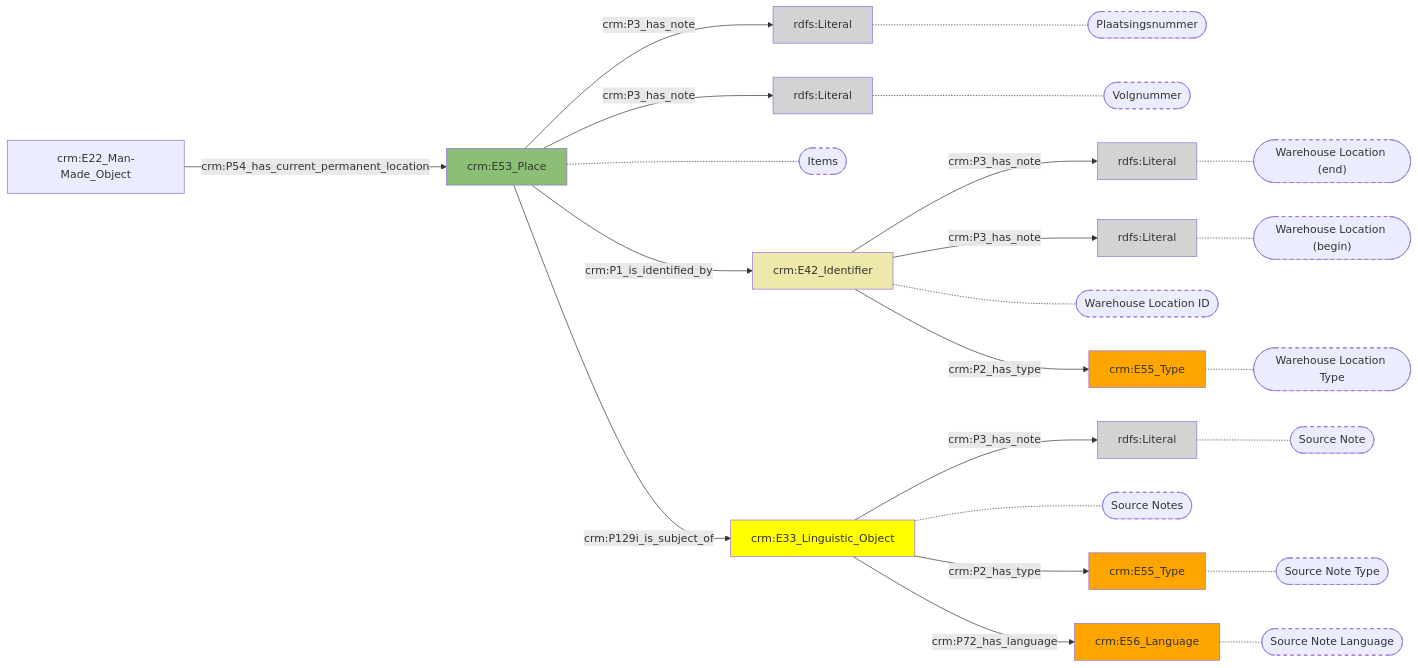
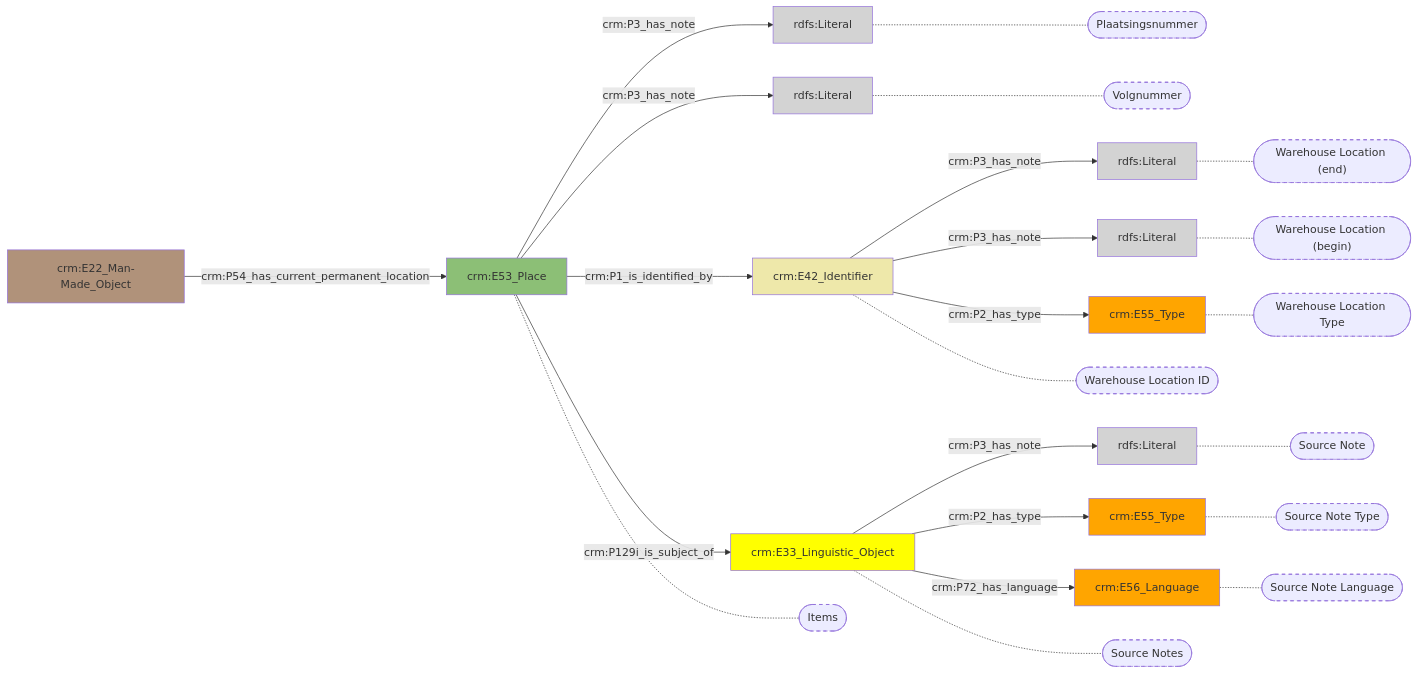
One commit to digipolisantwerpdocumentation/antwerp-cultureel-erfgoed changed the diagram in docs/content/modellen/ArchiefItemMaterieel/Bewaargegevens.md. Above: the diagram before and after it, drawn with Mermaid. The commit also changed 32 other files, not shown here.

````diff
--- a/docs/content/modellen/ArchiefItemMaterieel/Bewaargegevens.md
+++ b/docs/content/modellen/ArchiefItemMaterieel/Bewaargegevens.md
@@ -1,47 +1,48 @@
 ```mermaid
 graph LR
 f166cdf6-b053-11ec-b19f-9cf387da2c40["crm:E53_Place"]-->|"crm:P3_has_note"|f166d3aa-b053-11ec-b19f-9cf387da2c40(rdfs:Literal)
 f166cdf6-b053-11ec-b19f-9cf387da2c40["crm:E53_Place"]-->|"crm:P3_has_note"|f166d6ac-b053-11ec-b19f-9cf387da2c40(rdfs:Literal)
 f166d4e0-b053-11ec-b19f-9cf387da2c40["crm:E42_Identifier"]-->|"crm:P3_has_note"|f166d5d0-b053-11ec-b19f-9cf387da2c40(rdfs:Literal)
 f166d4e0-b053-11ec-b19f-9cf387da2c40["crm:E42_Identifier"]-->|"crm:P3_has_note"|f166d77e-b053-11ec-b19f-9cf387da2c40(rdfs:Literal)
 f166d92c-b053-11ec-b19f-9cf387da2c40["crm:E33_Linguistic_Object"]-->|"crm:P3_has_note"|f166db7a-b053-11ec-b19f-9cf387da2c40(rdfs:Literal)
+d1dd96e0-a5fe-11ec-b19f-9cf387da2c40["crm:E22_Man-Made_Object"]-->|"crm:P54_has_current_permanent_location"|f166cdf6-b053-11ec-b19f-9cf387da2c40["crm:E53_Place"]
+f166cdf6-b053-11ec-b19f-9cf387da2c40["crm:E53_Place"]-->|"crm:P1_is_identified_by"|f166d4e0-b053-11ec-b19f-9cf387da2c40["crm:E42_Identifier"]
+f166cdf6-b053-11ec-b19f-9cf387da2c40["crm:E53_Place"]-->|"crm:P129i_is_subject_of"|f166d92c-b053-11ec-b19f-9cf387da2c40["crm:E33_Linguistic_Object"]
+f166d4e0-b053-11ec-b19f-9cf387da2c40["crm:E42_Identifier"]-->|"crm:P2_has_type"|f166d9f4-b053-11ec-b19f-9cf387da2c40["crm:E55_Type"]
+f166d92c-b053-11ec-b19f-9cf387da2c40["crm:E33_Linguistic_Object"]-->|"crm:P2_has_type"|f166dabc-b053-11ec-b19f-9cf387da2c40["crm:E55_Type"]
+f166d92c-b053-11ec-b19f-9cf387da2c40["crm:E33_Linguistic_Object"]-->|"crm:P72_has_language"|f166d85a-b053-11ec-b19f-9cf387da2c40["crm:E56_Language"]
 f166cdf6-b053-11ec-b19f-9cf387da2c40["crm:E53_Place"]-.-f166cdf6-b053-11ec-b19f-9cf387da2c40_s(["Items"])
 f166d4e0-b053-11ec-b19f-9cf387da2c40["crm:E42_Identifier"]-.-f166d4e0-b053-11ec-b19f-9cf387da2c40_s(["Warehouse Location ID"])
 f166d92c-b053-11ec-b19f-9cf387da2c40["crm:E33_Linguistic_Object"]-.-f166d92c-b053-11ec-b19f-9cf387da2c40_s(["Source Notes"])
 f166d3aa-b053-11ec-b19f-9cf387da2c40["rdfs:Literal"]-.-f166d3aa-b053-11ec-b19f-9cf387da2c40_s(["Plaatsingsnummer"])
 f166d6ac-b053-11ec-b19f-9cf387da2c40["rdfs:Literal"]-.-f166d6ac-b053-11ec-b19f-9cf387da2c40_s(["Volgnummer"])
 f166d9f4-b053-11ec-b19f-9cf387da2c40["crm:E55_Type"]-.-f166d9f4-b053-11ec-b19f-9cf387da2c40_s(["Warehouse Location Type"])
 f166d5d0-b053-11ec-b19f-9cf387da2c40["rdfs:Literal"]-.-f166d5d0-b053-11ec-b19f-9cf387da2c40_s(["Warehouse Location (end)"])
 f166d77e-b053-11ec-b19f-9cf387da2c40["rdfs:Literal"]-.-f166d77e-b053-11ec-b19f-9cf387da2c40_s(["Warehouse Location (begin)"])
 f166dabc-b053-11ec-b19f-9cf387da2c40["crm:E55_Type"]-.-f166dabc-b053-11ec-b19f-9cf387da2c40_s(["Source Note Type"])
 f166db7a-b053-11ec-b19f-9cf387da2c40["rdfs:Literal"]-.-f166db7a-b053-11ec-b19f-9cf387da2c40_s(["Source Note"])
 f166d85a-b053-11ec-b19f-9cf387da2c40["crm:E56_Language"]-.-f166d85a-b053-11ec-b19f-9cf387da2c40_s(["Source Note Language"])
 style f166cdf6-b053-11ec-b19f-9cf387da2c40_s stroke-dasharray: 5
 style f166d4e0-b053-11ec-b19f-9cf387da2c40_s stroke-dasharray: 5
 style f166d92c-b053-11ec-b19f-9cf387da2c40_s stroke-dasharray: 5
 style f166d3aa-b053-11ec-b19f-9cf387da2c40_s stroke-dasharray: 5
 style f166d6ac-b053-11ec-b19f-9cf387da2c40_s stroke-dasharray: 5
 style f166d9f4-b053-11ec-b19f-9cf387da2c40_s stroke-dasharray: 5
 style f166d5d0-b053-11ec-b19f-9cf387da2c40_s stroke-dasharray: 5
 style f166d77e-b053-11ec-b19f-9cf387da2c40_s stroke-dasharray: 5
 style f166dabc-b053-11ec-b19f-9cf387da2c40_s stroke-dasharray: 5
 style f166db7a-b053-11ec-b19f-9cf387da2c40_s stroke-dasharray: 5
 style f166d85a-b053-11ec-b19f-9cf387da2c40_s stroke-dasharray: 5
+style d1dd96e0-a5fe-11ec-b19f-9cf387da2c40 fill:#B0927A
 style f166cdf6-b053-11ec-b19f-9cf387da2c40 fill:#8CBF76
 style f166d3aa-b053-11ec-b19f-9cf387da2c40 fill:#D3D3D3
 style f166d4e0-b053-11ec-b19f-9cf387da2c40 fill:#EEE8AA
 style f166d5d0-b053-11ec-b19f-9cf387da2c40 fill:#D3D3D3
 style f166d6ac-b053-11ec-b19f-9cf387da2c40 fill:#D3D3D3
 style f166d77e-b053-11ec-b19f-9cf387da2c40 fill:#D3D3D3
 style f166d85a-b053-11ec-b19f-9cf387da2c40 fill:#ffa500
 style f166d92c-b053-11ec-b19f-9cf387da2c40 fill:#ffff00
 style f166d9f4-b053-11ec-b19f-9cf387da2c40 fill:#ffa500
 style f166dabc-b053-11ec-b19f-9cf387da2c40 fill:#ffa500
 style f166db7a-b053-11ec-b19f-9cf387da2c40 fill:#D3D3D3
-d1dd96e0-a5fe-11ec-b19f-9cf387da2c40["crm:E22_Man-Made_Object"]-->|"crm:P54_has_current_permanent_location"|f166cdf6-b053-11ec-b19f-9cf387da2c40["crm:E53_Place"]
-f166cdf6-b053-11ec-b19f-9cf387da2c40["crm:E53_Place"]-->|"crm:P1_is_identified_by"|f166d4e0-b053-11ec-b19f-9cf387da2c40["crm:E42_Identifier"]
-f166cdf6-b053-11ec-b19f-9cf387da2c40["crm:E53_Place"]-->|"crm:P129i_is_subject_of"|f166d92c-b053-11ec-b19f-9cf387da2c40["crm:E33_Linguistic_Object"]
-f166d4e0-b053-11ec-b19f-9cf387da2c40["crm:E42_Identifier"]-->|"crm:P2_has_type"|f166d9f4-b053-11ec-b19f-9cf387da2c40["crm:E55_Type"]
-f166d92c-b053-11ec-b19f-9cf387da2c40["crm:E33_Linguistic_Object"]-->|"crm:P2_has_type"|f166dabc-b053-11ec-b19f-9cf387da2c40["crm:E55_Type"]
-f166d92c-b053-11ec-b19f-9cf387da2c40["crm:E33_Linguistic_Object"]-->|"crm:P72_has_language"|f166d85a-b053-11ec-b19f-9cf387da2c40["crm:E56_Language"]
 ```
````
